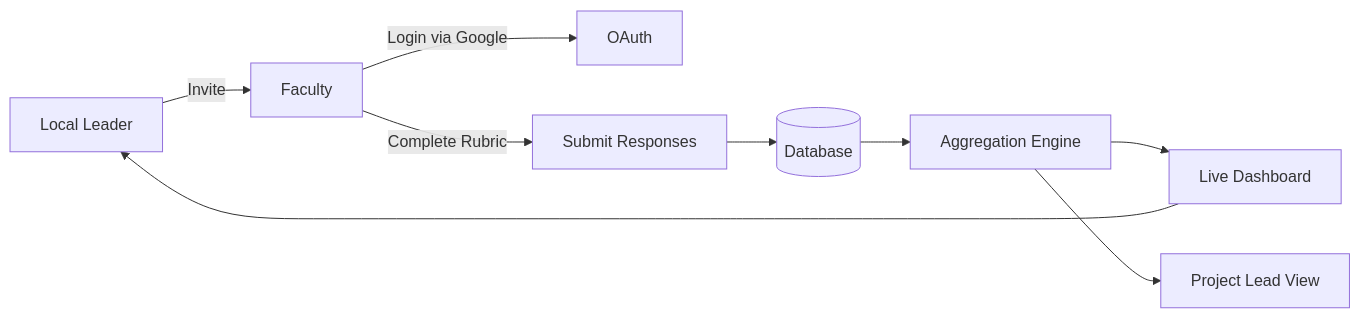
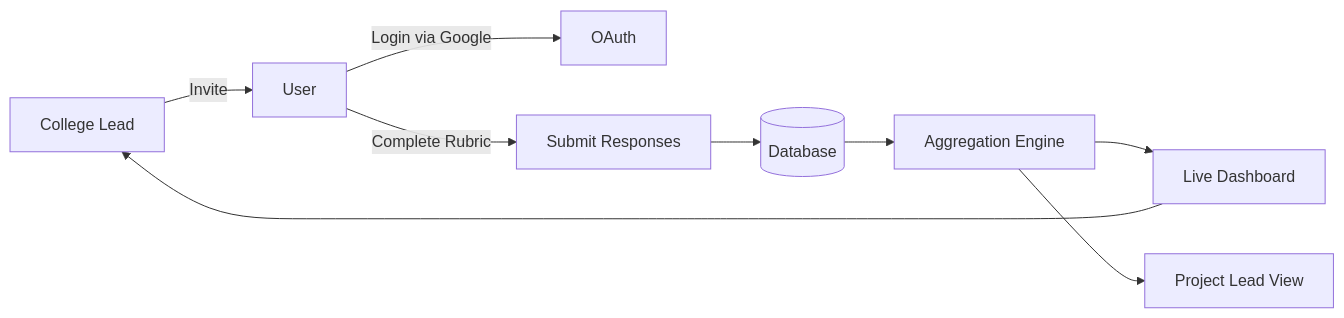
Before and after one commit to amatycwebportal/AMATYC-Web-Portal: the fifth of 8 diagrams in Documentation/Design/Design-Document.md, drawn with Mermaid. The commit also changed other lines of this file and 161 other files, not shown here.

````diff
--- a/Documentation/Design/Design-Document.md
+++ b/Documentation/Design/Design-Document.md
@@ -320,12 +320,12 @@
 ```mermaid
 flowchart LR
 
-    LL[Local Leader] -->|Invite| F[Faculty]
+    LL[College Lead] -->|Invite| F[User]
     F -->|Login via Google| AUTH[OAuth]
     F -->|Complete Rubric| RESP[Submit Responses]
     RESP --> DB[(Database)]
     DB --> AGG[Aggregation Engine]
     AGG --> DASH[Live Dashboard]
     DASH --> LL
     AGG --> PL[Project Lead View]
 ```
````
